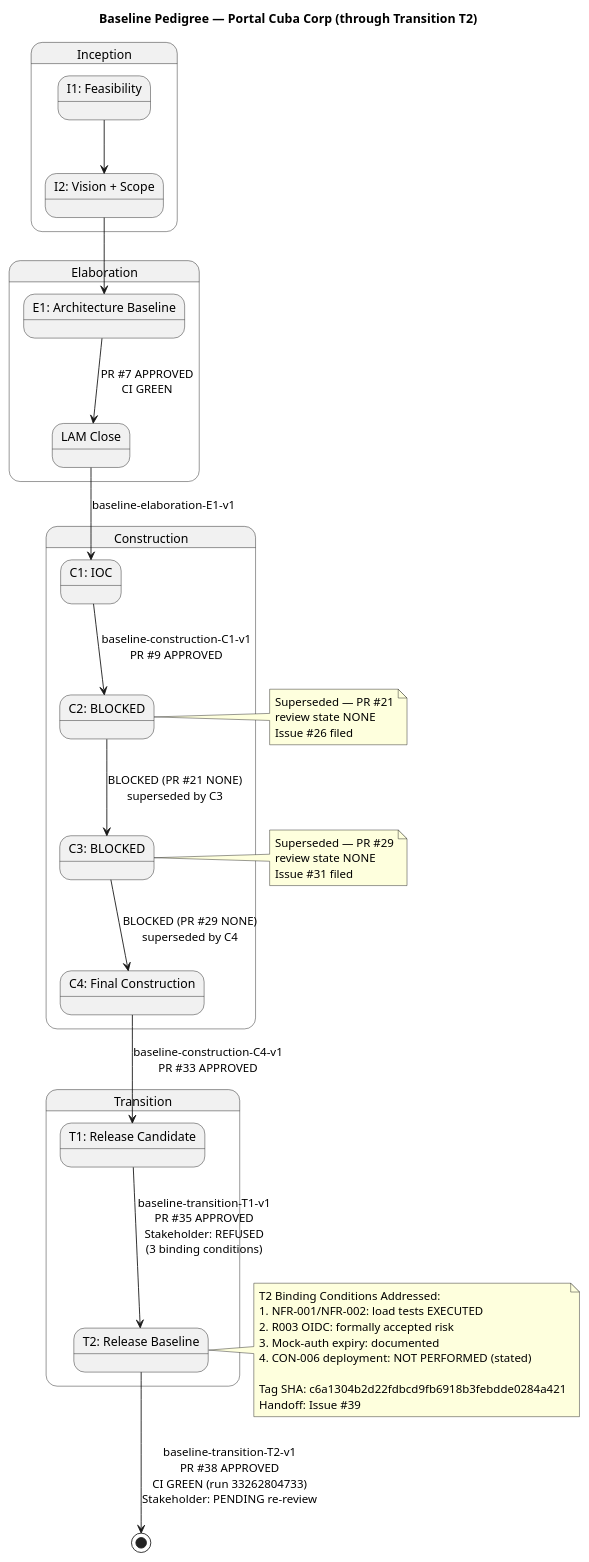
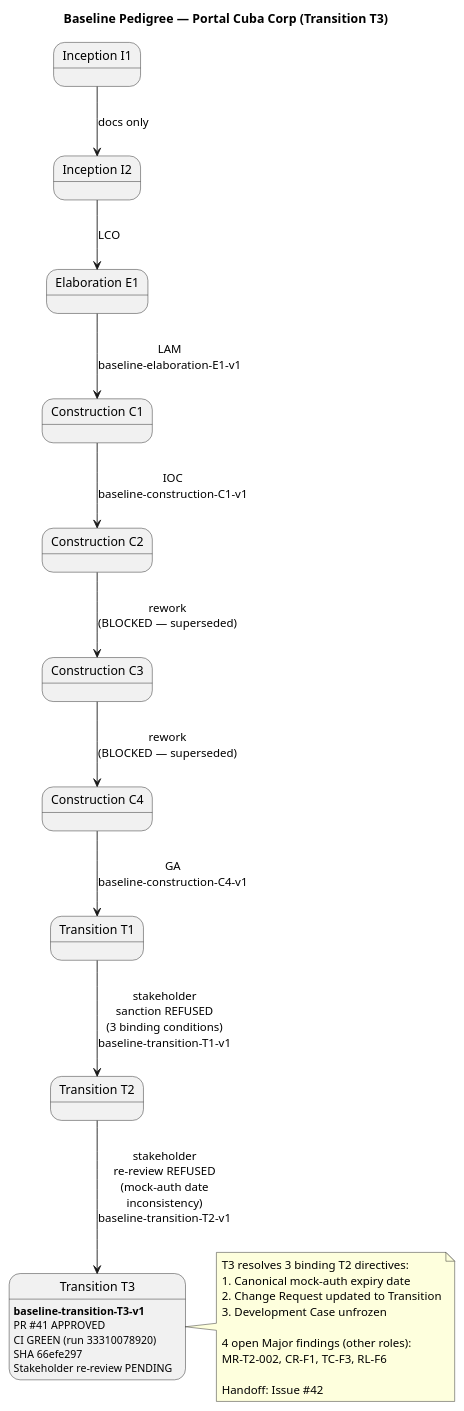
Before and after one commit to banense-test/portal-cuba-corp: the second of 3 diagrams in docs/BRANCHING_STRATEGY.md, drawn with PlantUML. The commit also changed other lines of this file, not shown here.

First line of the commit message:
chore: update BRANCHING_STRATEGY.md — T3 baseline tagged (baseline-transition-T3-v1)

````diff
--- a/docs/BRANCHING_STRATEGY.md
+++ b/docs/BRANCHING_STRATEGY.md
@@ -169,62 +115,40 @@
 ```plantuml
-@startuml Baseline_Pedigree_T2
-title Baseline Pedigree — Portal Cuba Corp (through Transition T2)
+@startuml Baseline_Pedigree_Transition
+title Baseline Pedigree — Portal Cuba Corp (Transition T3)
 
-state "Inception" as INCEP {
-  state "I1: Feasibility" as I1
-  state "I2: Vision + Scope" as I2
-}
+state "Inception I1" as I1
+state "Inception I2" as I2
+state "Elaboration E1" as E1
+state "Construction C1" as C1
+state "Construction C2" as C2
+state "Construction C3" as C3
+state "Construction C4" as C4
+state "Transition T1" as T1
+state "Transition T2" as T2
+state "Transition T3" as T3
 
-state "Elaboration" as ELAB {
-  state "E1: Architecture Baseline" as E1
-  state "LAM Close" as LAM
-}
+I1 --> I2 : docs only
+I2 --> E1 : LCO
+E1 --> C1 : LAM\nbaseline-elaboration-E1-v1
+C1 --> C2 : IOC\nbaseline-construction-C1-v1
+C2 --> C3 : rework\n(BLOCKED — superseded)
+C3 --> C4 : rework\n(BLOCKED — superseded)
+C4 --> T1 : GA\nbaseline-construction-C4-v1
+T1 --> T2 : stakeholder\nsanction REFUSED\n(3 binding conditions)\nbaseline-transition-T1-v1
+T2 --> T3 : stakeholder\nre-review REFUSED\n(mock-auth date\ninconsistency)\nbaseline-transition-T2-v1
+T3 : **baseline-transition-T3-v1**\nPR #41 APPROVED\nCI GREEN (run 33310078920)\nSHA 66efe297\nStakeholder re-review PENDING
 
-state "Construction" as CONSTR {
-  state "C1: IOC" as C1
-  state "C2: BLOCKED" as C2
-  state "C3: BLOCKED" as C3
-  state "C4: Final Construction" as C4
-}
-
-state "Transition" as TRANS {
-  state "T1: Release Candidate" as T1
-  state "T2: Release Baseline" as T2
-}
-
-I1 --> I2
-I2 --> E1
-E1 --> LAM : PR #7 APPROVED\nCI GREEN
-LAM --> C1 : baseline-elaboration-E1-v1
-C1 --> C2 : baseline-construction-C1-v1\nPR #9 APPROVED
-C2 --> C3 : BLOCKED (PR #21 NONE)\nsuperseded by C3
-C3 --> C4 : BLOCKED (PR #29 NONE)\nsuperseded by C4
-C4 --> T1 : baseline-construction-C4-v1\nPR #33 APPROVED
-T1 --> T2 : baseline-transition-T1-v1\nPR #35 APPROVED\nStakeholder: REFUSED\n(3 binding conditions)
-T2 --> [*] : baseline-transition-T2-v1\nPR #38 APPROVED\nCI GREEN (run 33262804733)\nStakeholder: PENDING re-review
-
-note right of T2
-  T2 Binding Conditions Addressed:
-  1. NFR-001/NFR-002: load tests EXECUTED
-  2. R003 OIDC: formally accepted risk
-  3. Mock-auth expiry: documented
-  4. CON-006 deployment: NOT PERFORMED (stated)
+note right of T3
+  T3 resolves 3 binding T2 directives:
+  1. Canonical mock-auth expiry date
+  2. Change Request updated to Transition
+  3. Development Case unfrozen
   
-  Tag SHA: c6a1304b2d22fdbcd9fb6918b3febdde0284a421
-  Handoff: Issue #39
-end note
-
-note right of C2
-  Superseded — PR #21
-  review state NONE
-  Issue #26 filed
-end note
-
-note right of C3
-  Superseded — PR #29
-  review state NONE
-  Issue #31 filed
+  4 open Major findings (other roles):
+  MR-T2-002, CR-F1, TC-F3, RL-F6
+  
+  Handoff: Issue #42
 end note
 
 @enduml
 ```
````
